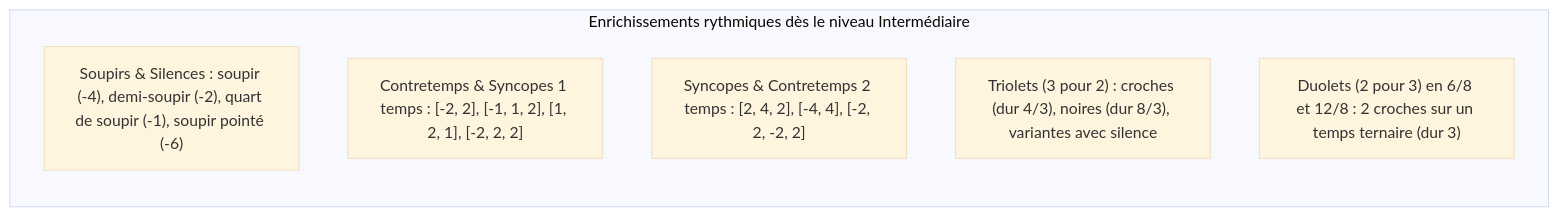
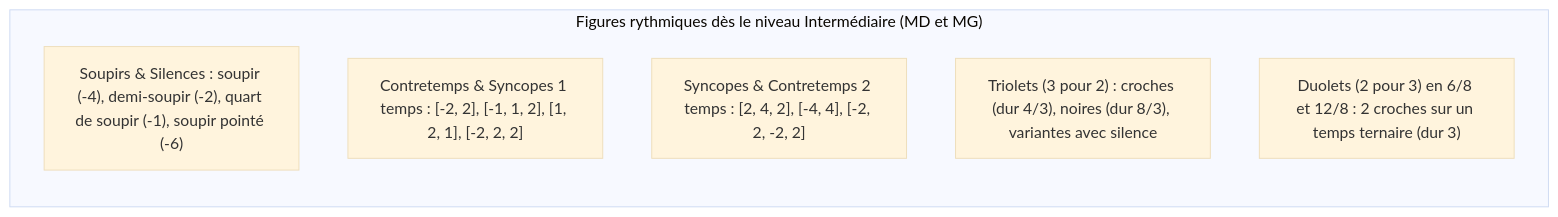
One commit to antoineb75/music-generator-sightreading changed the second of 3 diagrams in ALGORITHME.md. Above: the diagram before and after it, drawn with Mermaid (base theme). The commit also changed other lines of this file and 10 other files, not shown here.

````diff
--- a/ALGORITHME.md
+++ b/ALGORITHME.md
@@ -103,11 +117,11 @@
 ```mermaid
 flowchart LR
-    subgraph S1 ["Enrichissements rythmiques dès le niveau Intermédiaire"]
+    subgraph S1 ["Figures rythmiques dès le niveau Intermédiaire (MD et MG)"]
         direction TB
         R1["Soupirs & Silences : soupir (-4), demi-soupir (-2), quart de soupir (-1), soupir pointé (-6)"]
         R2["Contretemps & Syncopes 1 temps : [-2, 2], [-1, 1, 2], [1, 2, 1], [-2, 2, 2]"]
         R3["Syncopes & Contretemps 2 temps : [2, 4, 2], [-4, 4], [-2, 2, -2, 2]"]
         R4["Triolets (3 pour 2) : croches (dur 4/3), noires (dur 8/3), variantes avec silence"]
         R5["Duolets (2 pour 3) en 6/8 et 12/8 : 2 croches sur un temps ternaire (dur 3)"]
     end
 ```
````
